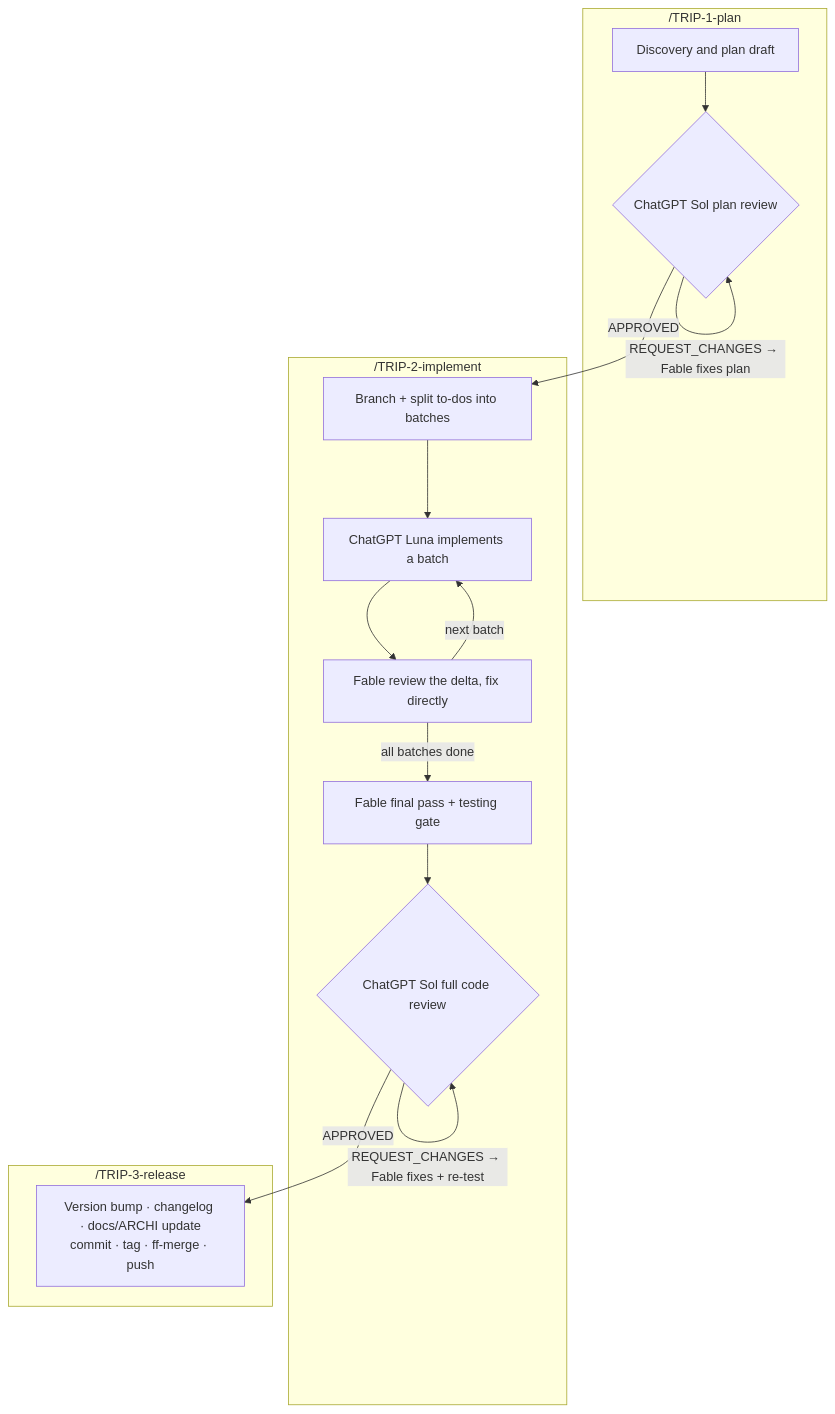
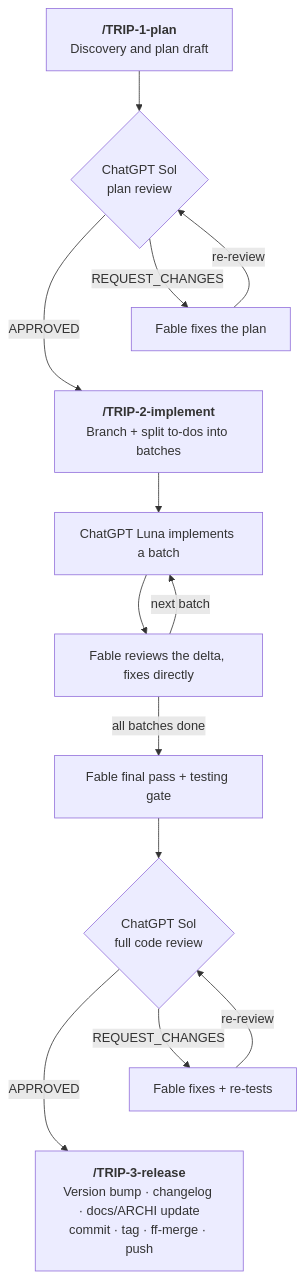
Before and after one commit to PiLastDigit/TRIP-workflow: the diagram in README.md, drawn with Mermaid.

Commit message:
docs: linearize README flow diagram — drop subgraphs, review loops as two-node bounces

````diff
--- a/README.md
+++ b/README.md
@@ -144,23 +144,17 @@
 ```mermaid
 flowchart TD
-    subgraph P["/TRIP-1-plan"]
-        A["Discovery and plan draft"] --> B{"ChatGPT Sol plan review"}
-        B -->|"REQUEST_CHANGES → Fable fixes plan"| B
-    end
-
-    subgraph I["/TRIP-2-implement"]
-        D["Branch + split to-dos into batches"] --> E["ChatGPT Luna implements a batch"]
-        E --> F["Fable review the delta, fix directly"]
-        F -->|"next batch"| E
-        F -->|"all batches done"| G["Fable final pass + testing gate"]
-        G --> H{"ChatGPT Sol full code review"}
-        H -->|"REQUEST_CHANGES → Fable fixes + re-test"| H
-    end
-
-    subgraph R["/TRIP-3-release"]
-        K["Version bump · changelog · docs/ARCHI update<br/>commit · tag · ff-merge · push"]
-    end
-
-    B -->|"APPROVED"| D
-    H -->|"APPROVED"| K
+    A["<b>/TRIP-1-plan</b><br/>Discovery and plan draft"] --> B{"ChatGPT Sol<br/>plan review"}
+    B -->|"REQUEST_CHANGES"| Bf["Fable fixes the plan"]
+    Bf -->|"re-review"| B
+    B -->|"APPROVED"| D["<b>/TRIP-2-implement</b><br/>Branch + split to-dos into batches"]
+    Bf ~~~ D
+    D --> E["ChatGPT Luna implements a batch"]
+    E --> F["Fable reviews the delta, fixes directly"]
+    F -->|"next batch"| E
+    F -->|"all batches done"| G["Fable final pass + testing gate"]
+    G --> H{"ChatGPT Sol<br/>full code review"}
+    H -->|"REQUEST_CHANGES"| Hf["Fable fixes + re-tests"]
+    Hf -->|"re-review"| H
+    H -->|"APPROVED"| K["<b>/TRIP-3-release</b><br/>Version bump · changelog · docs/ARCHI update<br/>commit · tag · ff-merge · push"]
+    Hf ~~~ K
 ```
````
